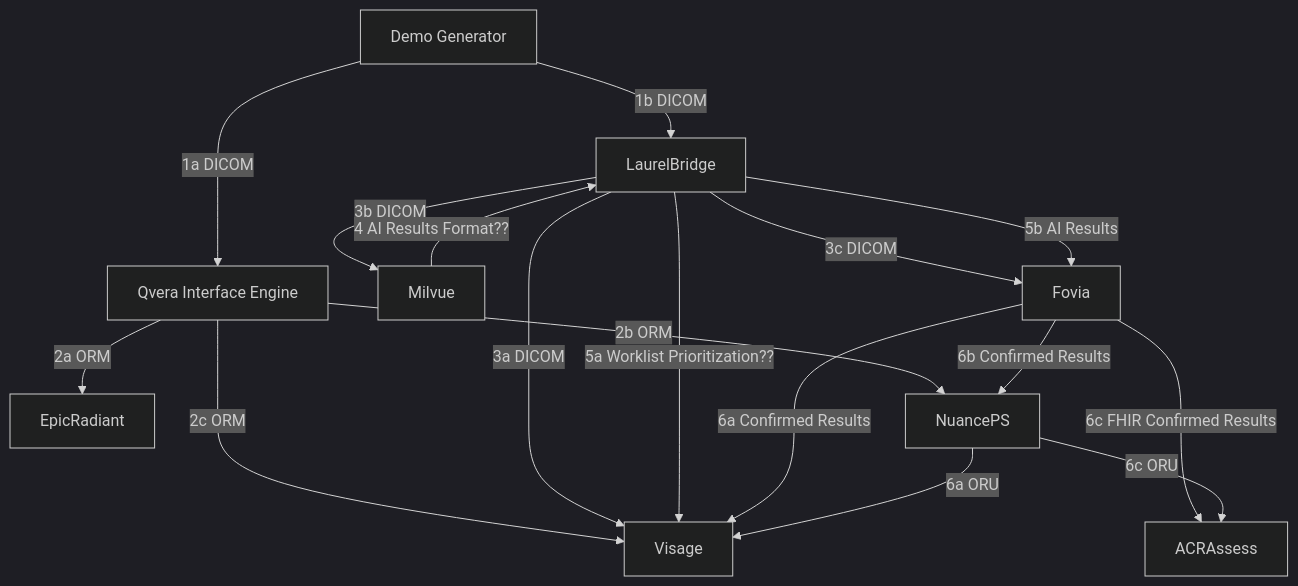
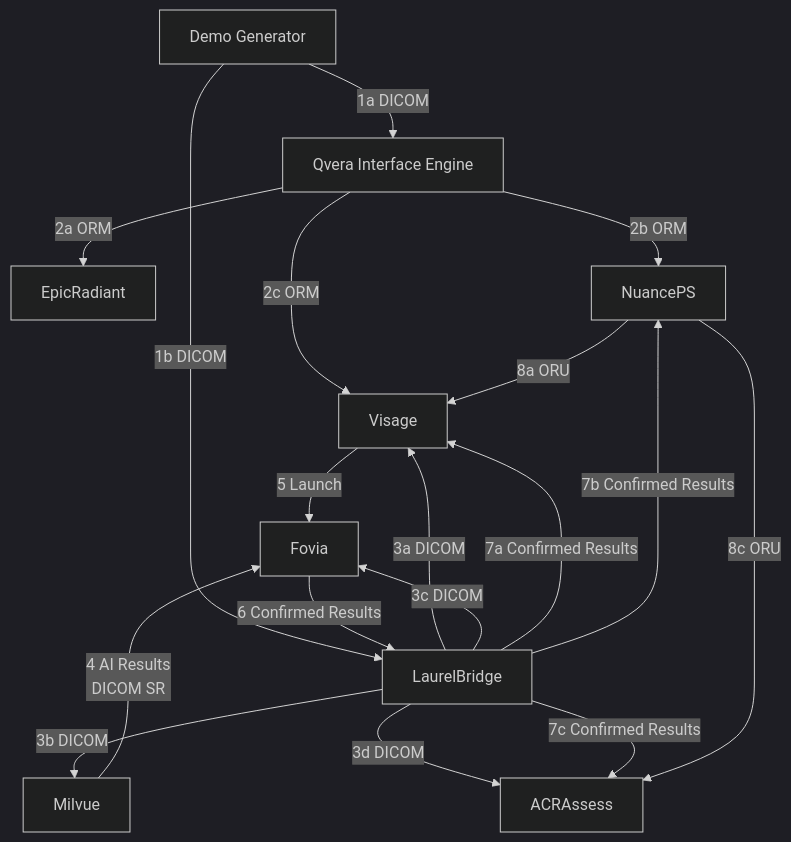
The diagram in quimby/diagram-fall-xr.md (mohannadhussain/rsna-2024-rr-demo), drawn with Mermaid (dark theme) before and after one commit.

````diff
--- a/quimby/diagram-fall-xr.md
+++ b/quimby/diagram-fall-xr.md
@@ -4,25 +4,27 @@
 ```mermaid
 flowchart TD
     Generator[Demo Generator] --> |1a DICOM| QveraIE[Qvera Interface Engine]
     Generator --> |1b DICOM| LaurelBridge
-
+    
     QveraIE --> |2a ORM| EpicRadiant
     QveraIE --> |2b ORM| NuancePS
     QveraIE --> |2c ORM| Visage
 
     LaurelBridge --> |3a DICOM| Visage
     LaurelBridge --> |3b DICOM| Milvue
     LaurelBridge --> |3c DICOM| Fovia
+    LaurelBridge --> |3d DICOM| ACRAssess
     
-    Milvue --> |4 AI Results Format??| LaurelBridge
+    Milvue --> |4 AI Results \n DICOM SR| Fovia
 
-    LaurelBridge --> |5a Worklist Prioritization??| Visage
-    LaurelBridge --> |5b AI Results| Fovia
+    Visage --> |5 Launch| Fovia
 
-    Fovia --> |6a Confirmed Results| Visage
-    Fovia --> |6b Confirmed Results| NuancePS
-    Fovia --> |6c FHIR Confirmed Results| ACRAssess
+    Fovia --> |6 Confirmed Results| LaurelBridge
 
-    NuancePS --> |6a ORU| Visage
-    NuancePS --> |6c ORU| ACRAssess
+    LaurelBridge --> |7a Confirmed Results| Visage
+    LaurelBridge --> |7b Confirmed Results| NuancePS
+    LaurelBridge --> |7c Confirmed Results| ACRAssess
+
+    NuancePS --> |8a ORU| Visage
+    NuancePS --> |8c ORU| ACRAssess
 ```
````
